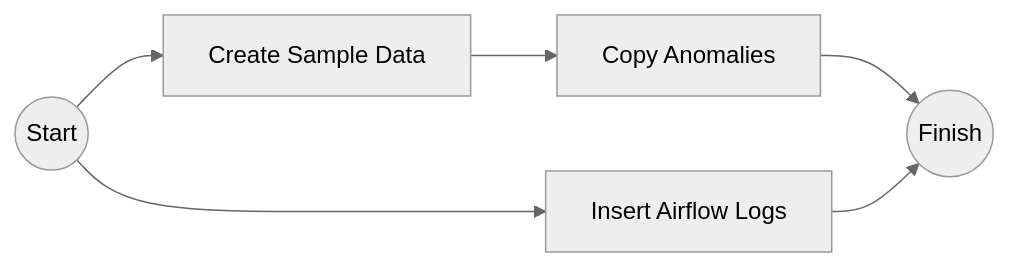
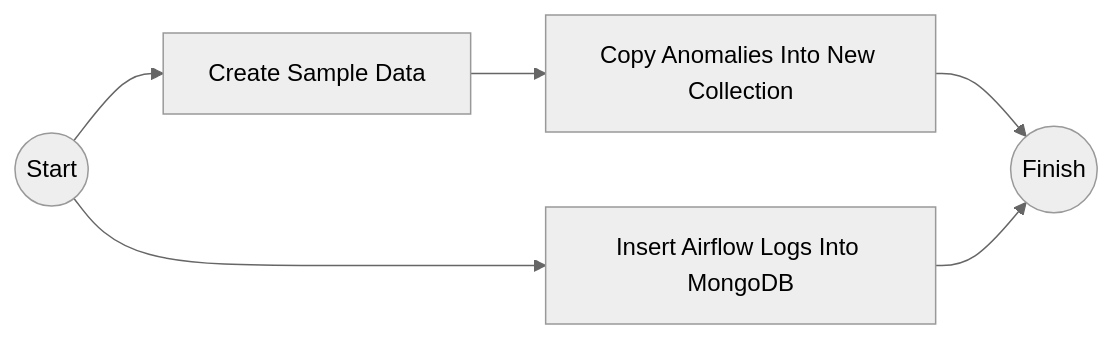
One commit to emregergin/dag-project changed the diagram in README.md. Above: the diagram before and after it, drawn with Mermaid (neutral theme).

````diff
--- a/README.md
+++ b/README.md
@@ -43,11 +43,11 @@
 ```mermaid
 flowchart LR
     dag_start((Start))
     create_sample_data[Create Sample Data]
-    copy_anomalies_into_new_collection[Copy Anomalies]
-    insert_airflow_logs_into_mongodb[Insert Airflow Logs]
+    copy_anomalies_into_new_collection[Copy Anomalies Into New Collection]
+    insert_airflow_logs_into_mongodb[Insert Airflow Logs Into MongoDB]
     dag_finish((Finish))
     
     dag_start --> create_sample_data --> copy_anomalies_into_new_collection --> dag_finish
     dag_start --> insert_airflow_logs_into_mongodb --> dag_finish
 ```
````
